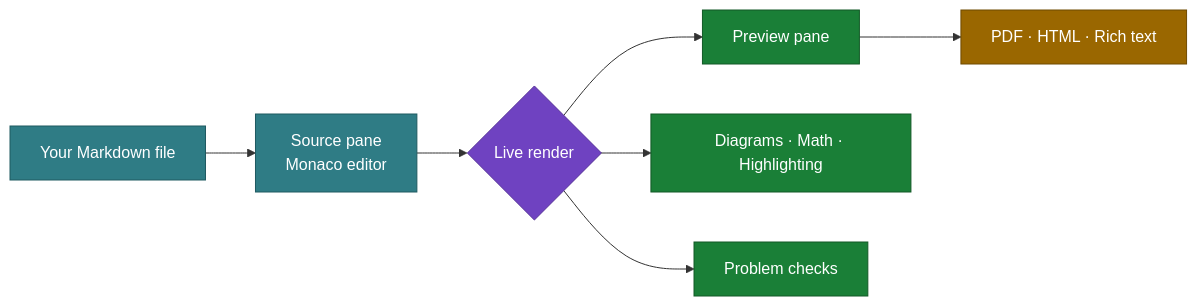
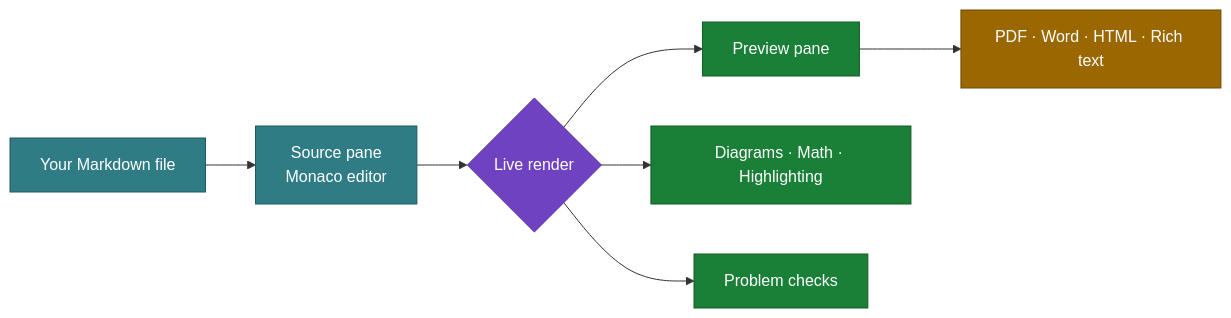
One commit to paultechguy/Marqora changed the first of 2 diagrams in src/PaulTechGuy.MQ.App/Assets/Welcome to Marqora.md. Above: the diagram before and after it, drawn with Mermaid. The commit also changed other lines of this file and 87 other files, not shown here.

````diff
--- a/src/PaulTechGuy.MQ.App/Assets/Welcome to Marqora.md
+++ b/src/PaulTechGuy.MQ.App/Assets/Welcome to Marqora.md
@@ -33,19 +33,19 @@
 ```mermaid
 flowchart LR
     A[Your Markdown file] --> B[Source pane<br/>Monaco editor]
     B --> C{Live render}
     C --> D[Preview pane]
     C --> E[Diagrams · Math · Highlighting]
     C --> F[Problem checks]
-    D --> G[PDF · HTML · Rich text]
+    D --> G[PDF · Word · HTML · Rich text]
 
     classDef input fill:#2f7c85,stroke:#1f5a61,color:#fff
     classDef engine fill:#6f42c1,stroke:#553098,color:#fff
     classDef out fill:#1a7f37,stroke:#125926,color:#fff
     classDef ship fill:#9a6700,stroke:#6f4a00,color:#fff
 
     class A,B input
     class C engine
     class D,E,F out
     class G ship
 ```
````
